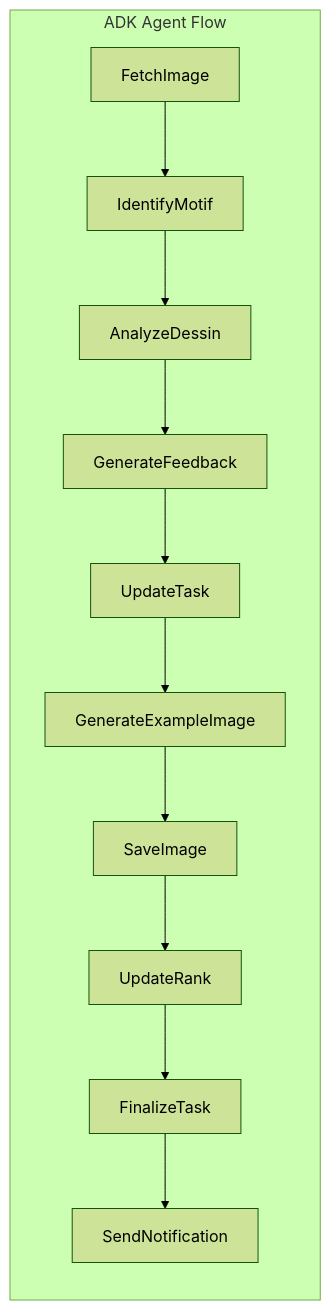
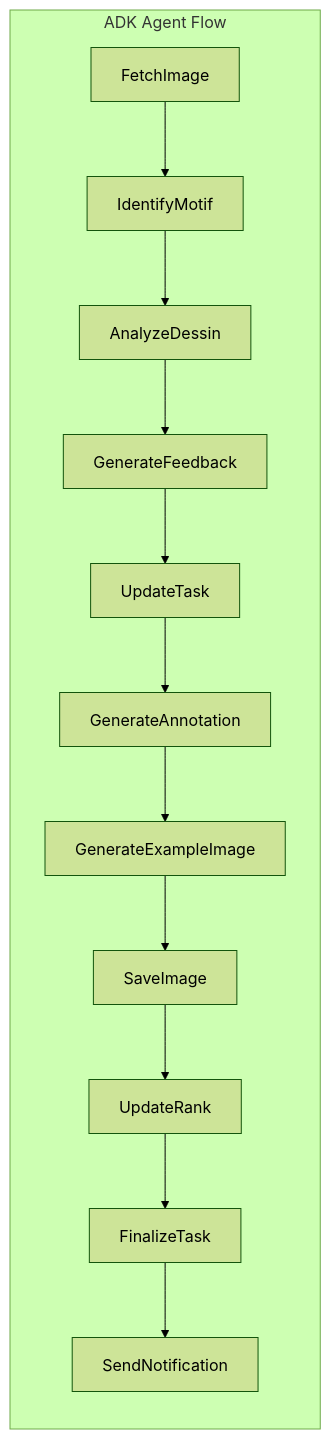
One commit to nuance-sudo/drawing-practice-agent-gch4 changed the fourth of 6 diagrams in docs/functional-design.md. Above: the diagram before and after it, drawn with Mermaid (forest theme). The commit also changed other lines of this file and 11 other files, not shown here.

````diff
--- a/docs/functional-design.md
+++ b/docs/functional-design.md
@@ -291,14 +309,15 @@
 ```mermaid
 flowchart LR
     subgraph Agent["ADK Agent Flow"]
         A[FetchImage] --> B[IdentifyMotif]
         B --> C[AnalyzeDessin]
         C --> D[GenerateFeedback]
         D --> E[UpdateTask]
-        E --> F[GenerateExampleImage]
-        F --> G[SaveImage]
-        G --> H[UpdateRank]
-        H --> I[FinalizeTask]
-        I --> J[SendNotification]
+        E --> F[GenerateAnnotation]
+        F --> G[GenerateExampleImage]
+        G --> H[SaveImage]
+        H --> I[UpdateRank]
+        I --> J[FinalizeTask]
+        J --> K[SendNotification]
     end
 ```
````
